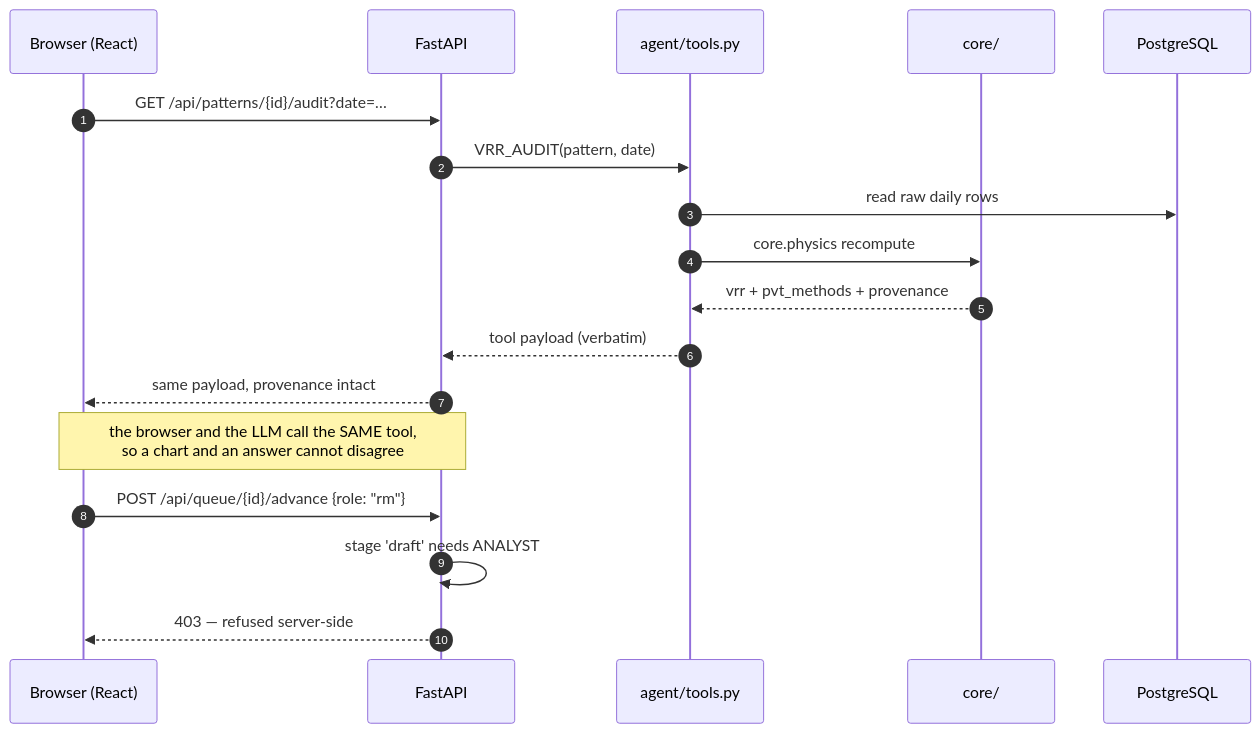
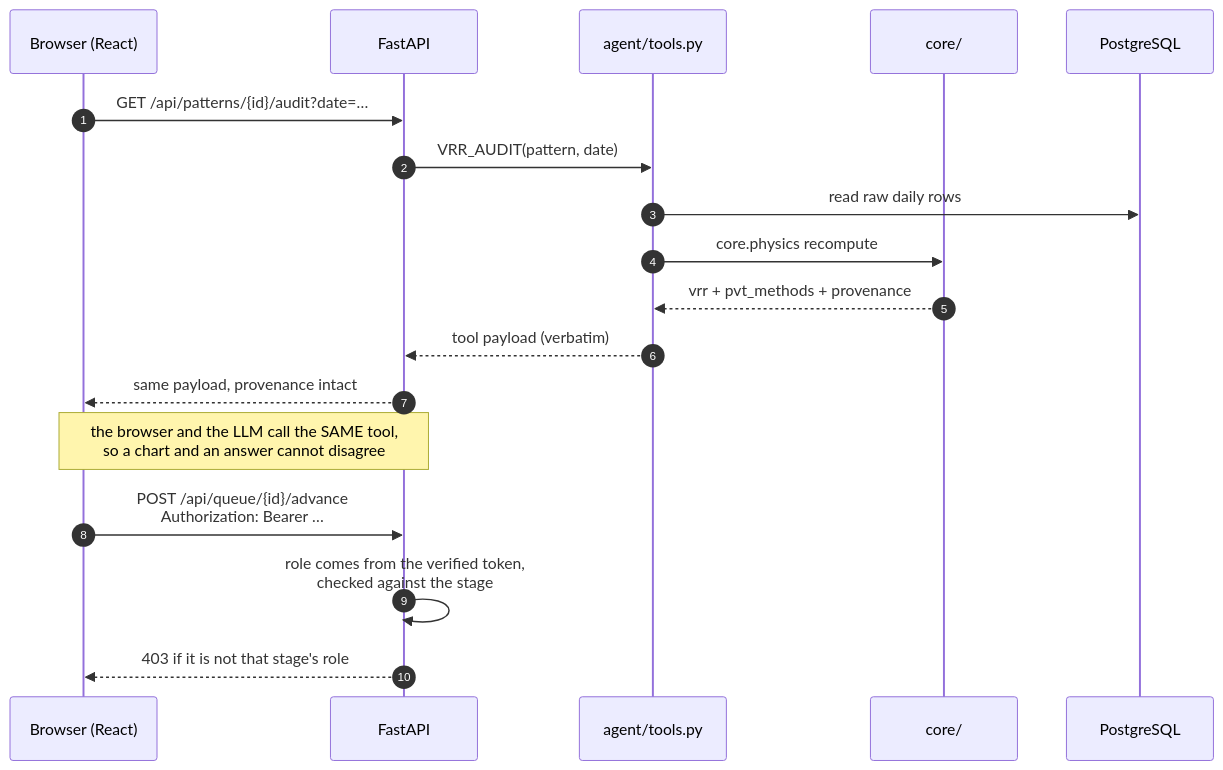
One commit to vamshi455/vrr-agent-open changed diagram 16 of 19 in README.md. Above: the diagram before and after it, drawn with Mermaid. The commit also changed other lines of this file and 2 other files, not shown here.

````diff
--- a/README.md
+++ b/README.md
@@ -733,23 +733,23 @@
 ```mermaid
 sequenceDiagram
     autonumber
     participant B as Browser (React)
     participant A as FastAPI
     participant T as agent/tools.py
     participant C as core/
     participant P as PostgreSQL
 
     B->>A: GET /api/patterns/{id}/audit?date=…
     A->>T: VRR_AUDIT(pattern, date)
     T->>P: read raw daily rows
     T->>C: core.physics recompute
     C-->>T: vrr + pvt_methods + provenance
     T-->>A: tool payload (verbatim)
     A-->>B: same payload, provenance intact
 
     Note over B,A: the browser and the LLM call the SAME tool,<br/>so a chart and an answer cannot disagree
 
-    B->>A: POST /api/queue/{id}/advance {role: "rm"}
-    A->>A: stage 'draft' needs ANALYST
-    A-->>B: 403 — refused server-side
+    B->>A: POST /api/queue/{id}/advance<br/>Authorization: Bearer …
+    A->>A: role comes from the verified token,<br/>checked against the stage
+    A-->>B: 403 if it is not that stage's role
 ```
````
